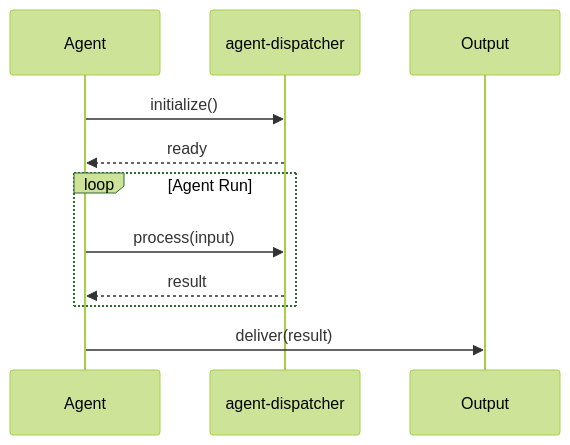
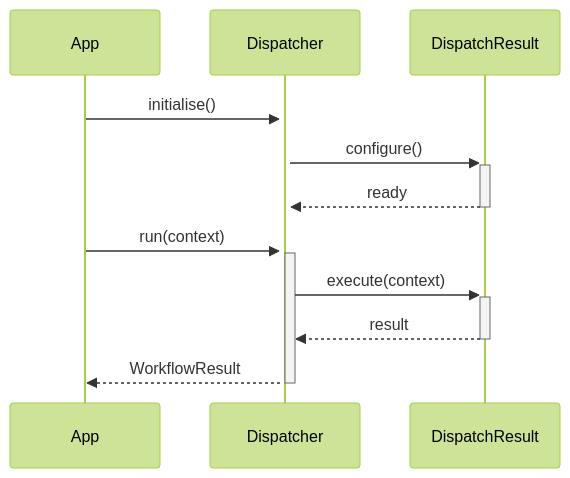
One commit to darshjme/duta changed the second of 2 diagrams in README.md. Above: the diagram before and after it, drawn with Mermaid (forest theme). The commit also changed other lines of this file and 1 other file, not shown here.

````diff
--- a/README.md
+++ b/README.md
@@ -72,16 +76,14 @@
 ```mermaid
 sequenceDiagram
-    participant Agent
-    participant AgentDispatcher as agent-dispatcher
-    participant Output
+    participant App
+    participant Dispatcher
+    participant DispatchResult
 
-    Agent->>AgentDispatcher: initialize()
-    AgentDispatcher-->>Agent: ready
-
-    loop Agent Run
-        Agent->>AgentDispatcher: process(input)
-        AgentDispatcher-->>Agent: result
-    end
-
-    Agent->>Output: deliver(result)
+    App->>+Dispatcher: initialise()
+    Dispatcher->>+DispatchResult: configure()
+    DispatchResult-->>-Dispatcher: ready
+    App->>+Dispatcher: run(context)
+    Dispatcher->>+DispatchResult: execute(context)
+    DispatchResult-->>-Dispatcher: result
+    Dispatcher-->>-App: WorkflowResult
 ```
````
